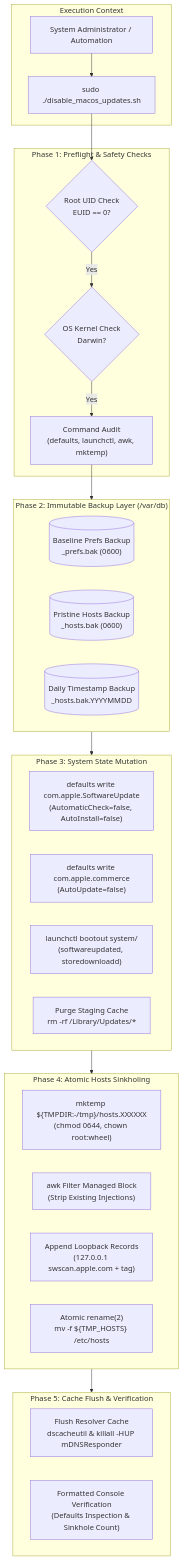
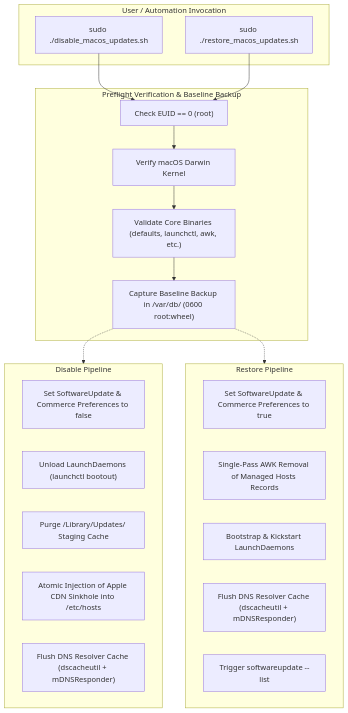
The diagram in README.md (alsyundawy/Disable-MacOS-Updates), drawn with Mermaid before and after one commit. The commit also changed other lines of this file and 7 other files, not shown here.

````diff
--- a/README.md
+++ b/README.md
@@ -113,47 +114,36 @@
 ```mermaid
 flowchart TB
-    subgraph Execution["Execution Context"]
-        User["System Administrator / Automation"]
-        Trigger["sudo ./disable_macos_updates.sh"]
+    subgraph Trigger["User / Automation Invocation"]
+        ExecDisable["sudo ./disable_macos_updates.sh"]
+        ExecRestore["sudo ./restore_macos_updates.sh"]
     end
 
-    subgraph Preflight["Phase 1: Preflight & Safety Checks"]
-        UIDCheck{"Root UID Check<br/>EUID == 0?"}
-        OSCheck{"OS Kernel Check<br/>Darwin?"}
-        DepCheck["Command Audit<br/>(defaults, launchctl, awk, mktemp)"]
+    subgraph Preflight["Preflight Verification & Baseline Backup"]
+        CheckRoot["Check EUID == 0 (root)"]
+        CheckDarwin["Verify macOS Darwin Kernel"]
+        CheckDeps["Validate Core Binaries (defaults, launchctl, awk, etc.)"]
+        SaveBackup["Capture Baseline Backup in /var/db/ (0600 root:wheel)"]
     end
 
-    subgraph BackupLayer["Phase 2: Immutable Backup Layer (/var/db)"]
-        PrefsBak[("Baseline Prefs Backup<br/>_prefs.bak (0600)")]
-        HostsBak[("Pristine Hosts Backup<br/>_hosts.bak (0600)")]
-        DailyBak[("Daily Timestamp Backup<br/>_hosts.bak.YYYYMMDD")]
+    subgraph DisableFlow["Disable Pipeline"]
+        WritePrefsOff["Set SoftwareUpdate & Commerce Preferences to false"]
+        UnloadDaemons["Unload LaunchDaemons (launchctl bootout)"]
+        PurgeCache["Purge /Library/Updates/ Staging Cache"]
+        InjectHosts["Atomic Injection of Apple CDN Sinkhole into /etc/hosts"]
+        FlushDNS1["Flush DNS Resolver Cache (dscacheutil + mDNSResponder)"]
     end
 
-    subgraph StateMutation["Phase 3: System State Mutation"]
-        Defaults["defaults write com.apple.SoftwareUpdate<br/>(AutomaticCheck=false, AutoInstall=false)"]
-        Commerce["defaults write com.apple.commerce<br/>(AutoUpdate=false)"]
-        Daemons["launchctl bootout system/<service><br/>(softwareupdated, storedownloadd)"]
-        CachePurge["Purge Staging Cache<br/>rm -rf /Library/Updates/*"]
+    subgraph RestoreFlow["Restore Pipeline"]
+        WritePrefsOn["Set SoftwareUpdate & Commerce Preferences to true"]
+        CleanHosts["Single-Pass AWK Removal of Managed Hosts Records"]
+        ReloadDaemons["Bootstrap & Kickstart LaunchDaemons"]
+        FlushDNS2["Flush DNS Resolver Cache (dscacheutil + mDNSResponder)"]
+        TriggerCheck["Trigger softwareupdate --list"]
     end
 
-    subgraph HostSinkhole["Phase 4: Atomic Hosts Sinkholing"]
-        TmpFile["mktemp ${TMPDIR:-/tmp}/hosts.XXXXXX<br/>(chmod 0644, chown root:wheel)"]
-        AwkFilter["awk Filter Managed Block<br/>(Strip Existing Injections)"]
-        AppendCDN["Append Loopback Records<br/>(127.0.0.1 swscan.apple.com + tag)"]
-        AtomicCommit["Atomic rename(2)<br/>mv -f ${TMP_HOSTS} /etc/hosts"]
-    end
-
-    subgraph FlushVerify["Phase 5: Cache Flush & Verification"]
-        FlushDNS["Flush Resolver Cache<br/>dscacheutil & killall -HUP mDNSResponder"]
-        VerifyUI["Formatted Console Verification<br/>(Defaults Inspection & Sinkhole Count)"]
-    end
-
-    User --> Trigger
-    Trigger --> UIDCheck
-    UIDCheck -- Yes --> OSCheck
-    OSCheck -- Yes --> DepCheck
-    DepCheck --> BackupLayer
-    BackupLayer --> StateMutation
-    StateMutation --> HostSinkhole
-    HostSinkhole --> FlushVerify
+    ExecDisable --> CheckRoot
+    ExecRestore --> CheckRoot
+    CheckRoot --> CheckDarwin --> CheckDeps --> SaveBackup
+    SaveBackup -.-> DisableFlow
+    SaveBackup -.-> RestoreFlow
 ```
````
